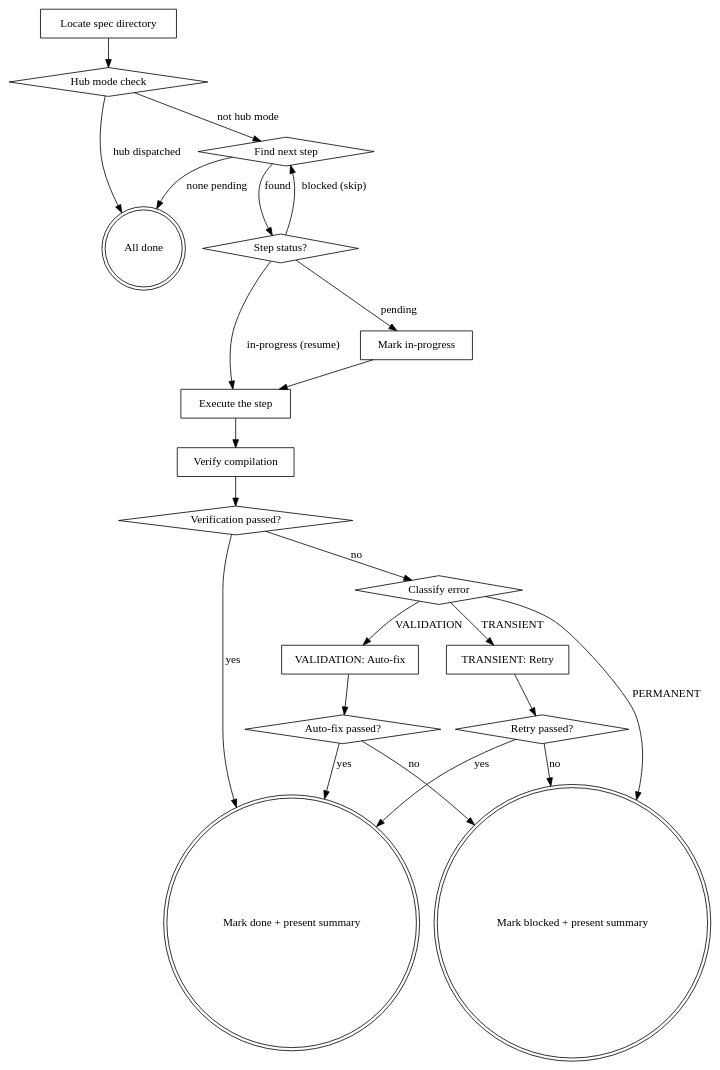
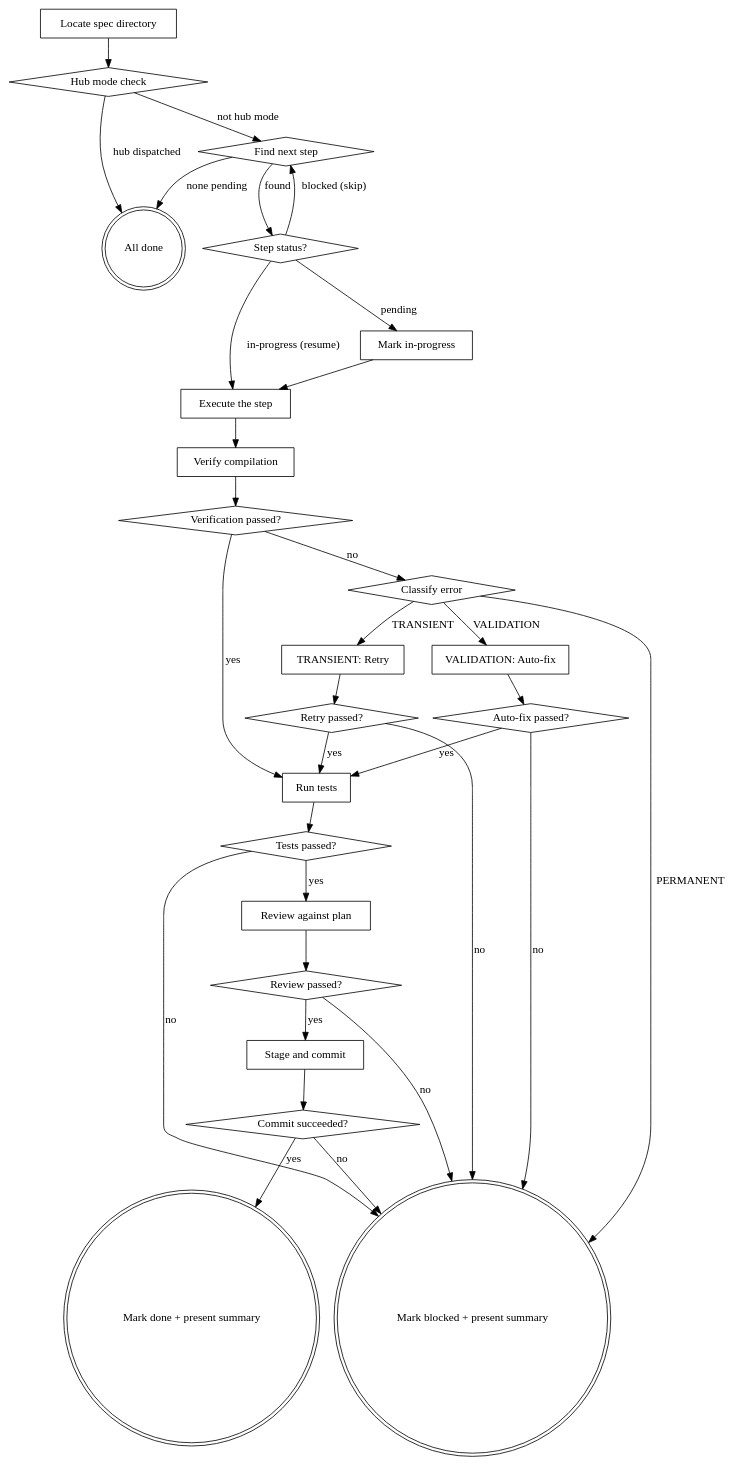
Before and after one commit to easingthemes/dx-aem-flow: the diagram in plugins/dx-core/skills/dx-step/SKILL.md, drawn with Graphviz. The commit also changed other lines of this file and 3 other files, not shown here.

Commit message:
refactor: merge step-test, step-review, step-commit into dx-step

````diff
--- a/plugins/dx-core/skills/dx-step/SKILL.md
+++ b/plugins/dx-core/skills/dx-step/SKILL.md
@@ -12,43 +13,58 @@
 ```dot
 digraph step {
     "Locate spec directory" [shape=box];
     "Hub mode check" [shape=diamond];
     "Find next step" [shape=diamond];
     "All done" [shape=doublecircle];
     "Step status?" [shape=diamond];
     "Mark in-progress" [shape=box];
     "Execute the step" [shape=box];
     "Verify compilation" [shape=box];
     "Verification passed?" [shape=diamond];
     "Classify error" [shape=diamond];
     "TRANSIENT: Retry" [shape=box];
     "Retry passed?" [shape=diamond];
     "VALIDATION: Auto-fix" [shape=box];
     "Auto-fix passed?" [shape=diamond];
+    "Run tests" [shape=box];
+    "Tests passed?" [shape=diamond];
+    "Review against plan" [shape=box];
+    "Review passed?" [shape=diamond];
+    "Stage and commit" [shape=box];
+    "Commit succeeded?" [shape=diamond];
     "Mark done + present summary" [shape=doublecircle];
     "Mark blocked + present summary" [shape=doublecircle];
 
     "Locate spec directory" -> "Hub mode check";
     "Hub mode check" -> "Find next step" [label="not hub mode"];
     "Hub mode check" -> "All done" [label="hub dispatched"];
     "Find next step" -> "All done" [label="none pending"];
     "Find next step" -> "Step status?" [label="found"];
     "Step status?" -> "Mark in-progress" [label="pending"];
     "Step status?" -> "Execute the step" [label="in-progress (resume)"];
     "Step status?" -> "Find next step" [label="blocked (skip)"];
     "Mark in-progress" -> "Execute the step";
     "Execute the step" -> "Verify compilation";
     "Verify compilation" -> "Verification passed?";
-    "Verification passed?" -> "Mark done + present summary" [label="yes"];
+    "Verification passed?" -> "Run tests" [label="yes"];
     "Verification passed?" -> "Classify error" [label="no"];
     "Classify error" -> "TRANSIENT: Retry" [label="TRANSIENT"];
     "Classify error" -> "VALIDATION: Auto-fix" [label="VALIDATION"];
     "Classify error" -> "Mark blocked + present summary" [label="PERMANENT"];
     "TRANSIENT: Retry" -> "Retry passed?";
-    "Retry passed?" -> "Mark done + present summary" [label="yes"];
+    "Retry passed?" -> "Run tests" [label="yes"];
     "Retry passed?" -> "Mark blocked + present summary" [label="no"];
     "VALIDATION: Auto-fix" -> "Auto-fix passed?";
-    "Auto-fix passed?" -> "Mark done + present summary" [label="yes"];
+    "Auto-fix passed?" -> "Run tests" [label="yes"];
     "Auto-fix passed?" -> "Mark blocked + present summary" [label="no"];
+    "Run tests" -> "Tests passed?";
+    "Tests passed?" -> "Review against plan" [label="yes"];
+    "Tests passed?" -> "Mark blocked + present summary" [label="no"];
+    "Review against plan" -> "Review passed?";
+    "Review passed?" -> "Stage and commit" [label="yes"];
+    "Review passed?" -> "Mark blocked + present summary" [label="no"];
+    "Stage and commit" -> "Commit succeeded?";
+    "Commit succeeded?" -> "Mark done + present summary" [label="yes"];
+    "Commit succeeded?" -> "Mark blocked + present summary" [label="no"];
 }
 ```
````
